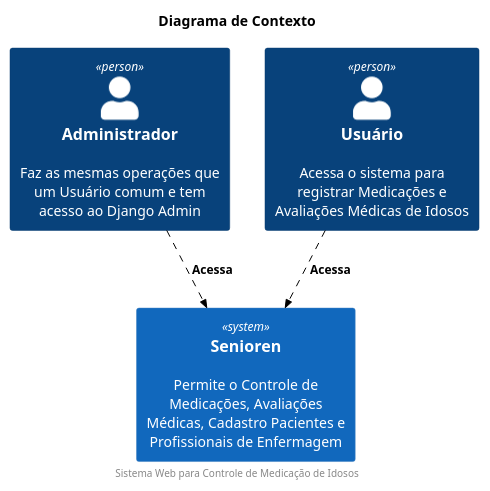
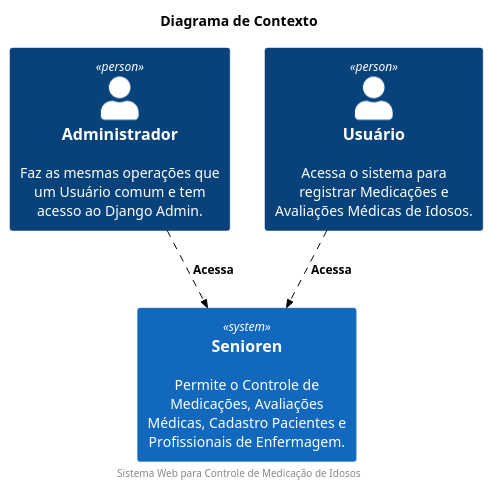
Before and after one commit to stevillis/senioren: the diagram in diagrams/context.puml, drawn with PlantUML. The commit also changed 3 other files, not shown here.

Commit message:
feat: container diagram

```diff
--- a/diagrams/context.puml
+++ b/diagrams/context.puml
@@ -1,20 +1,20 @@
 @startuml context-diagram
 !include https://raw.githubusercontent.com/kirchsth/C4-PlantUML/extended/C4_Container.puml
 
 skinparam backgroundColor white
 
 title Diagrama de Contexto
 
 AddRelTag("relacionamento", $textColor="black", $lineColor="black", $lineStyle = DashedLine())
 
-Person(administrador, "Administrador", "Faz as mesmas operações que um Usuário comum e tem acesso ao Django Admin")
-Person(usuario, "Usuário", "Acessa o sistema para registrar Medicações e Avaliações Médicas de Idosos")
+Person(administrador, "Administrador", "Faz as mesmas operações que um Usuário comum e tem acesso ao Django Admin.")
+Person(usuario, "Usuário", "Acessa o sistema para registrar Medicações e Avaliações Médicas de Idosos.")
 
-System(senioren, "Senioren", "Permite o Controle de Medicações, Avaliações Médicas, Cadastro Pacientes e Profissionais de Enfermagem")
+System(senioren, "Senioren", "Permite o Controle de Medicações, Avaliações Médicas, Cadastro Pacientes e Profissionais de Enfermagem.")
 
 Rel(administrador, senioren, "Acessa", "", $tags="relacionamento")
 Rel(usuario, senioren, "Acessa", "", $tags="relacionamento")
 
 footer Sistema Web para Controle de Medicação de Idosos
 
 @enduml
```
